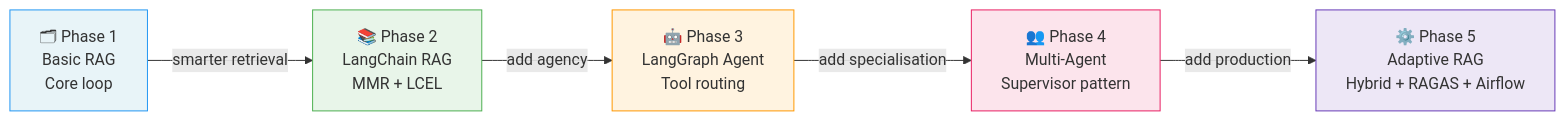
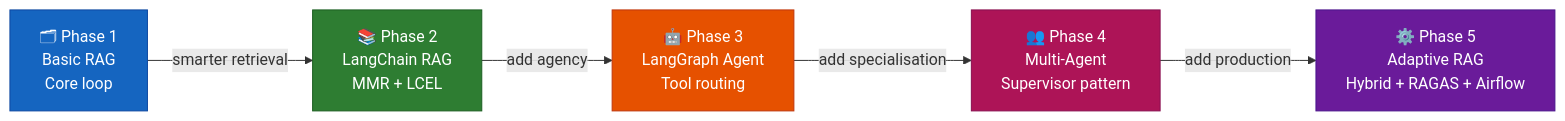
The second of 9 diagrams in README.md (MOURYAN-MB/RAG-systems), drawn with Mermaid before and after one commit. The commit also changed other lines of this file, not shown here.

````diff
--- a/README.md
+++ b/README.md
@@ -47,14 +47,14 @@
 ```mermaid
 graph LR
     P1["🗂 Phase 1\nBasic RAG\nCore loop"] -->|smarter retrieval| P2
     P2["📚 Phase 2\nLangChain RAG\nMMR + LCEL"] -->|add agency| P3
     P3["🤖 Phase 3\nLangGraph Agent\nTool routing"] -->|add specialisation| P4
     P4["👥 Phase 4\nMulti-Agent\nSupervisor pattern"] -->|add production| P5
     P5["⚙️ Phase 5\nAdaptive RAG\nHybrid + RAGAS + Airflow"]
 
-    style P1 fill:#e8f4f8,stroke:#2196F3
-    style P2 fill:#e8f5e9,stroke:#4CAF50
-    style P3 fill:#fff3e0,stroke:#FF9800
-    style P4 fill:#fce4ec,stroke:#E91E63
-    style P5 fill:#ede7f6,stroke:#673AB7
+    style P1 fill:#1565C0,stroke:#0D47A1,color:#FFFFFF
+    style P2 fill:#2E7D32,stroke:#1B5E20,color:#FFFFFF
+    style P3 fill:#E65100,stroke:#BF360C,color:#FFFFFF
+    style P4 fill:#AD1457,stroke:#880E4F,color:#FFFFFF
+    style P5 fill:#6A1B9A,stroke:#4A148C,color:#FFFFFF
 ```
````
